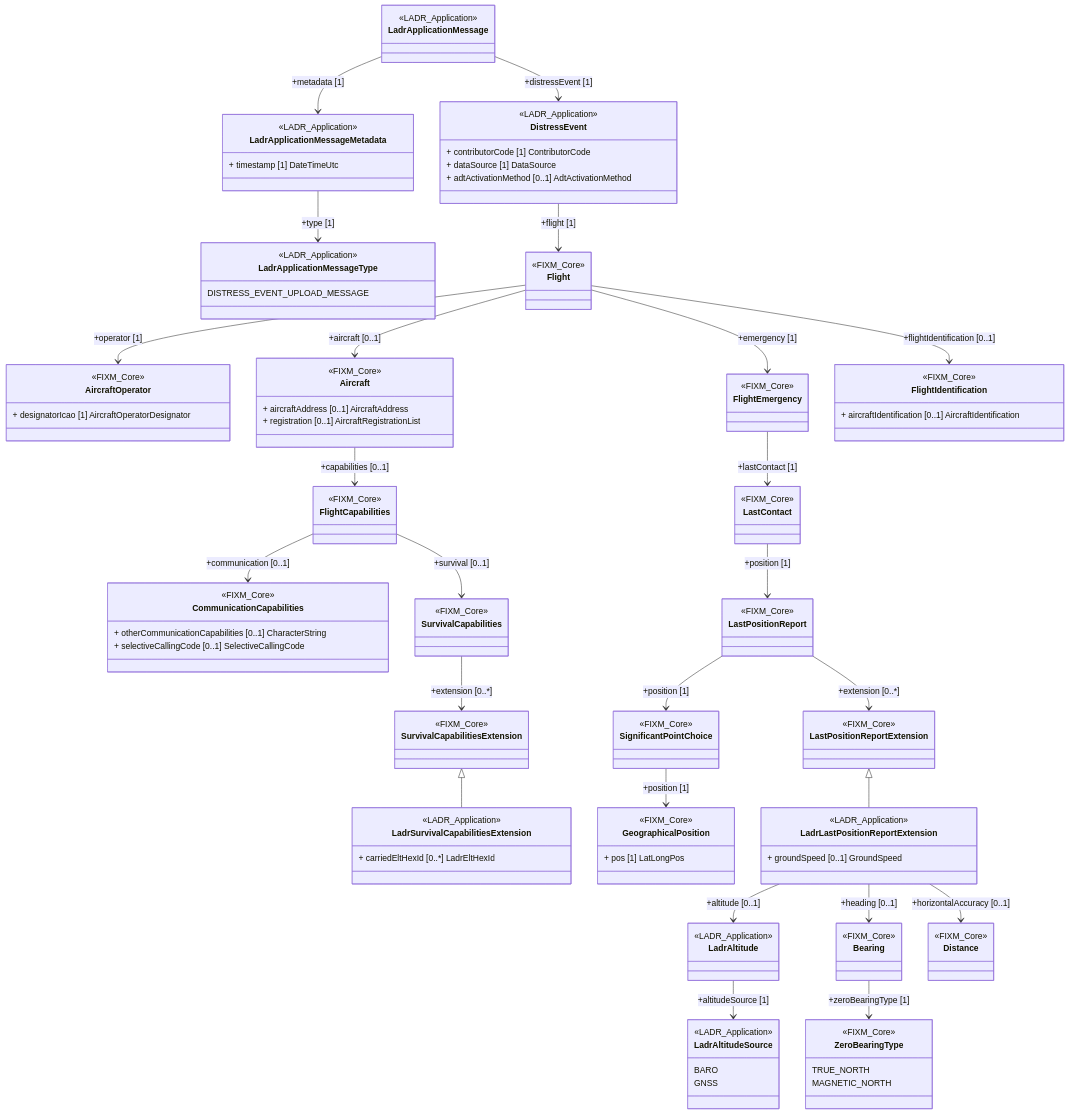
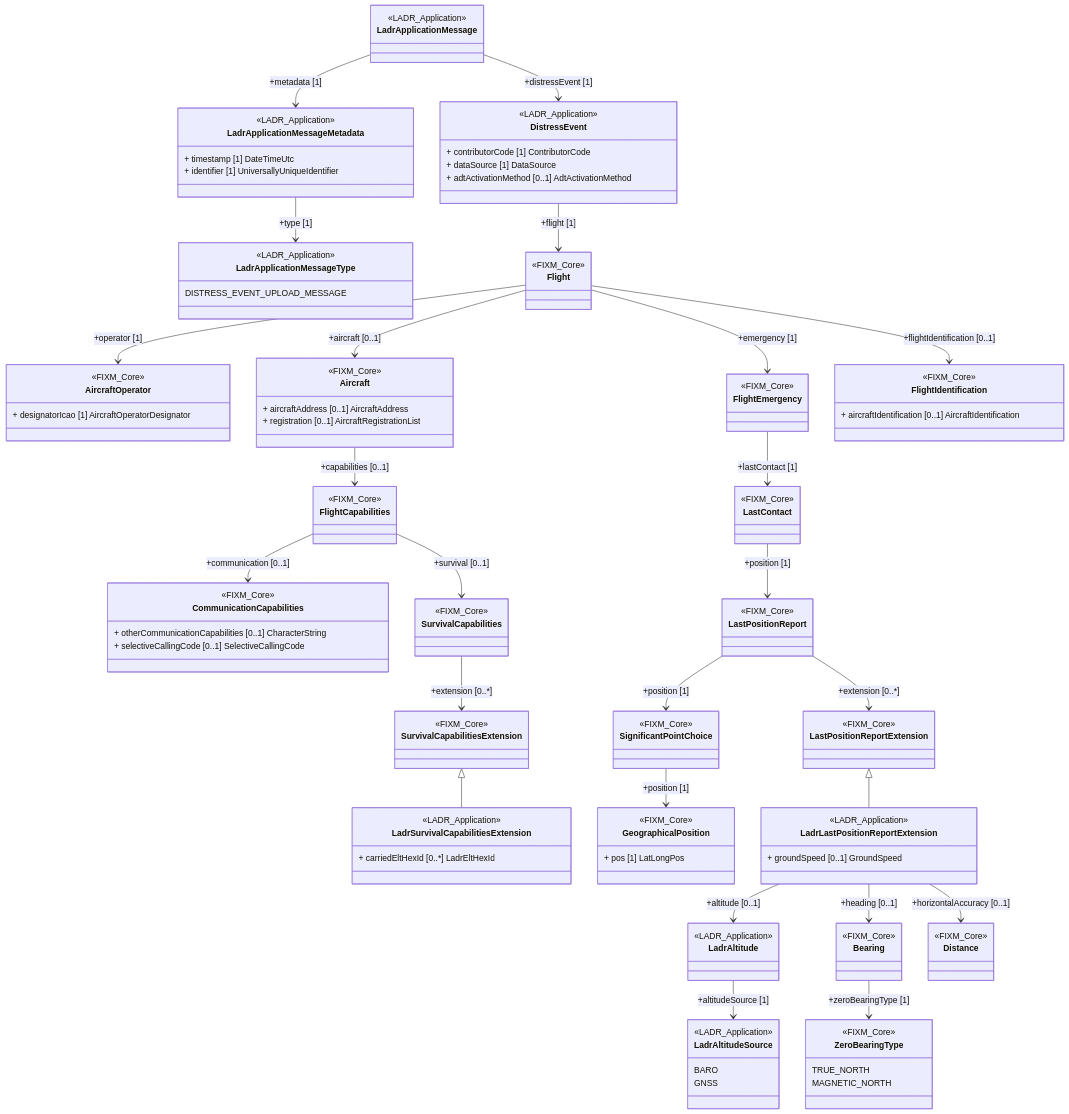
Before and after one commit to eurocontrol-ladr/ladrApplicationMessages: the second of 2 diagrams in schemas/distressEventUploadMessage/readMe.md, drawn with Mermaid. The commit also changed other lines of this file, not shown here.

```diff
--- a/schemas/distressEventUploadMessage/readMe.md
+++ b/schemas/distressEventUploadMessage/readMe.md
@@ -27,6 +27,7 @@
 <<LADR_Application>> LadrApplicationMessageType	
 LadrApplicationMessageType : DISTRESS_EVENT_UPLOAD_MESSAGE	
 LadrApplicationMessageMetadata --> LadrApplicationMessageType : +type [1]	
+LadrApplicationMessageMetadata : + identifier [1] UniversallyUniqueIdentifier	
 LadrApplicationMessage --> LadrApplicationMessageMetadata : +metadata [1]	
 class DistressEvent	
 <<LADR_Application>> DistressEvent	
```
